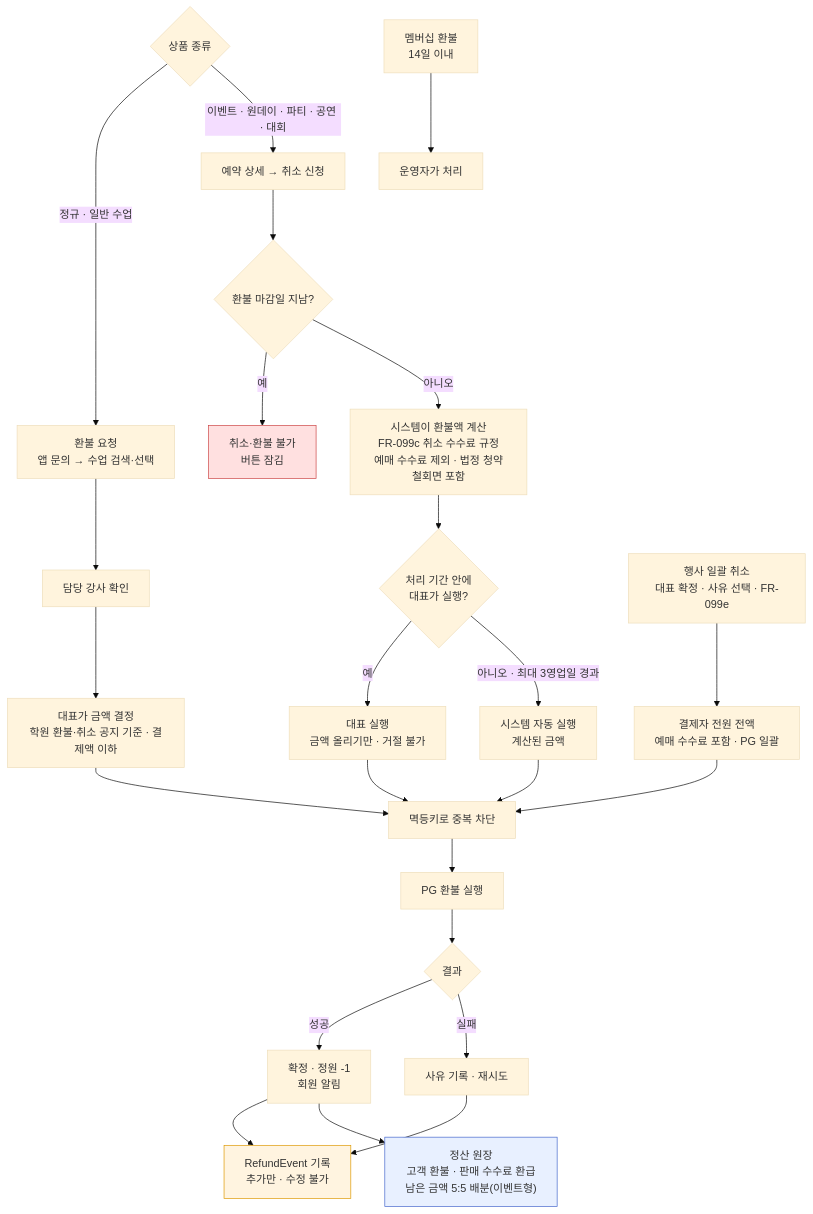
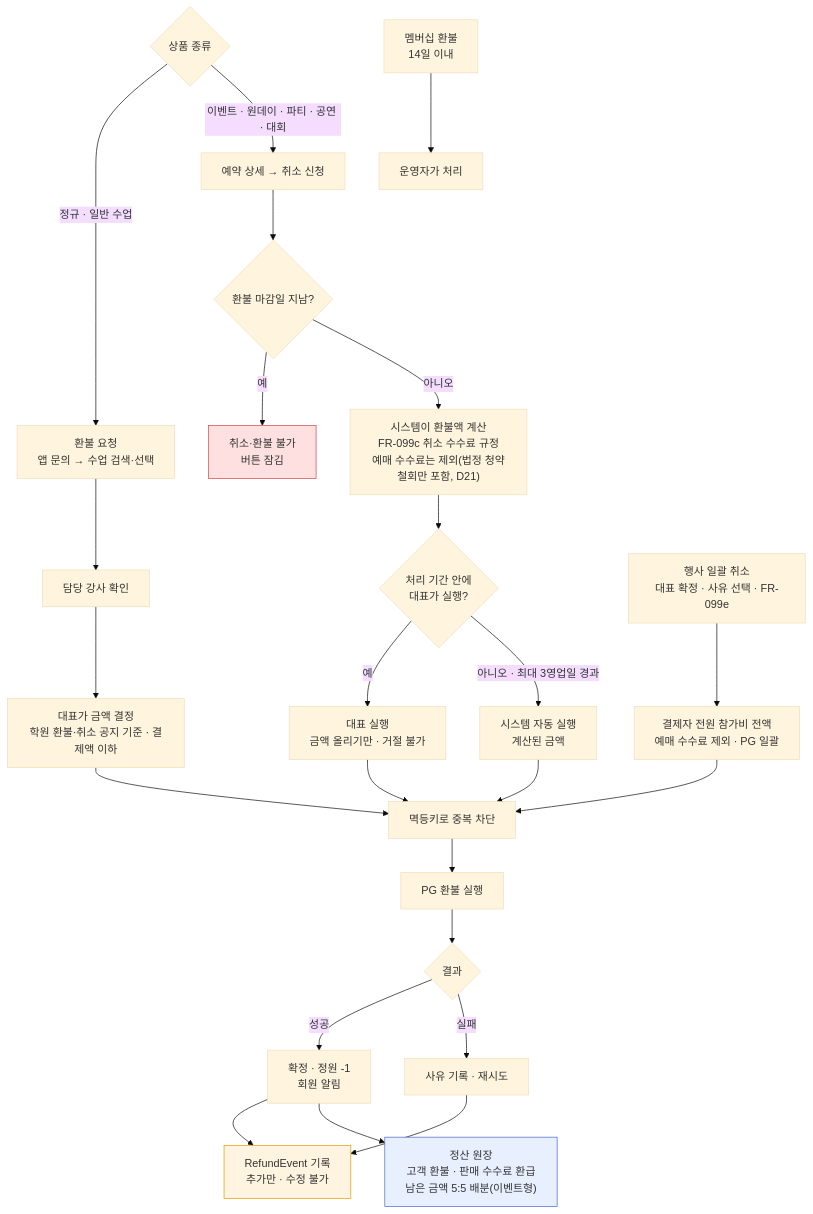
The eighth of 12 diagrams in docs/planning/tech/architecture.md (ChaeUngLim/kdancex4), drawn with Mermaid (base theme) before and after one commit. The commit also changed other lines of this file and 22 other files, not shown here.

````diff
--- a/docs/planning/tech/architecture.md
+++ b/docs/planning/tech/architecture.md
@@ -394,35 +394,35 @@
 ```mermaid
 flowchart TB
     KIND{"상품 종류"}
     KIND -->|"정규 · 일반 수업"| REQ["환불 요청<br/>앱 문의 → 수업 검색·선택"]
     REQ --> INS["담당 강사 확인"]
     INS --> OWN["대표가 금액 결정<br/>학원 환불·취소 공지 기준 · 결제액 이하"]
     OWN --> IDEM["멱등키로 중복 차단"]
 
     KIND -->|"이벤트 · 원데이 · 파티 · 공연 · 대회"| CAN["예약 상세 → 취소 신청"]
     CAN --> DL{"환불 마감일 지남?"}
     DL -->|"예"| NO["취소·환불 불가<br/>버튼 잠김"]
-    DL -->|"아니오"| CALC["시스템이 환불액 계산<br/>FR-099c 취소 수수료 규정<br/>예매 수수료 제외 · 법정 청약철회면 포함"]
+    DL -->|"아니오"| CALC["시스템이 환불액 계산<br/>FR-099c 취소 수수료 규정<br/>예매 수수료는 제외(법정 청약철회만 포함, D21)"]
     CALC --> DUE{"처리 기간 안에<br/>대표가 실행?"}
     DUE -->|"예"| OWNX["대표 실행<br/>금액 올리기만 · 거절 불가"]
     DUE -->|"아니오 · 최대 3영업일 경과"| AUTO["시스템 자동 실행<br/>계산된 금액"]
     OWNX --> IDEM
     AUTO --> IDEM
 
-    EVT["행사 일괄 취소<br/>대표 확정 · 사유 선택 · FR-099e"] --> BULK["결제자 전원 전액<br/>예매 수수료 포함 · PG 일괄"]
+    EVT["행사 일괄 취소<br/>대표 확정 · 사유 선택 · FR-099e"] --> BULK["결제자 전원 참가비 전액<br/>예매 수수료 제외 · PG 일괄"]
     BULK --> IDEM
 
     IDEM --> PGC["PG 환불 실행"]
     PGC --> RES{"결과"}
     RES -->|"성공"| S1["확정 · 정원 -1<br/>회원 알림"]
     RES -->|"실패"| S3["사유 기록 · 재시도"]
     S1 --> LOG["RefundEvent 기록<br/>추가만 · 수정 불가"]
     S3 --> LOG
     S1 --> LED["정산 원장<br/>고객 환불 · 판매 수수료 환급<br/>남은 금액 5:5 배분(이벤트형)"]
 
     SUB["멤버십 환불<br/>14일 이내"] --> PLAT["운영자가 처리"]
 
     style NO fill:#ffe0e0,stroke:#c44
     style LOG fill:#fff4e0,stroke:#d90
     style LED fill:#e8f0ff,stroke:#46c
 ```
````
